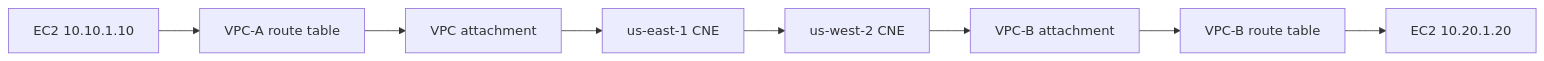
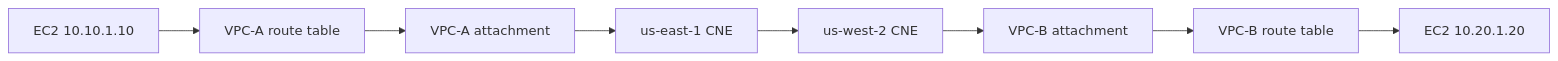
One commit to ccaiccie/knowledge changed the fourth of 9 diagrams in 09-05-26-09-57_AWS_Cloud_WAN_Comprehensive_Study_Guide.md. Above: the diagram before and after it, drawn with Mermaid. The commit also changed other lines of this file, not shown here.

````diff
--- a/09-05-26-09-57_AWS_Cloud_WAN_Comprehensive_Study_Guide.md
+++ b/09-05-26-09-57_AWS_Cloud_WAN_Comprehensive_Study_Guide.md
@@ -500,10 +525,10 @@
 ```mermaid
 flowchart LR
     H1["EC2 10.10.1.10"] --> RT1["VPC-A route table"]
-    RT1 --> A1["VPC attachment"]
+    RT1 --> A1["VPC-A attachment"]
     A1 --> C1["us-east-1 CNE"]
     C1 --> C2["us-west-2 CNE"]
     C2 --> A2["VPC-B attachment"]
     A2 --> RT2["VPC-B route table"]
     RT2 --> H2["EC2 10.20.1.20"]
 ```
````
